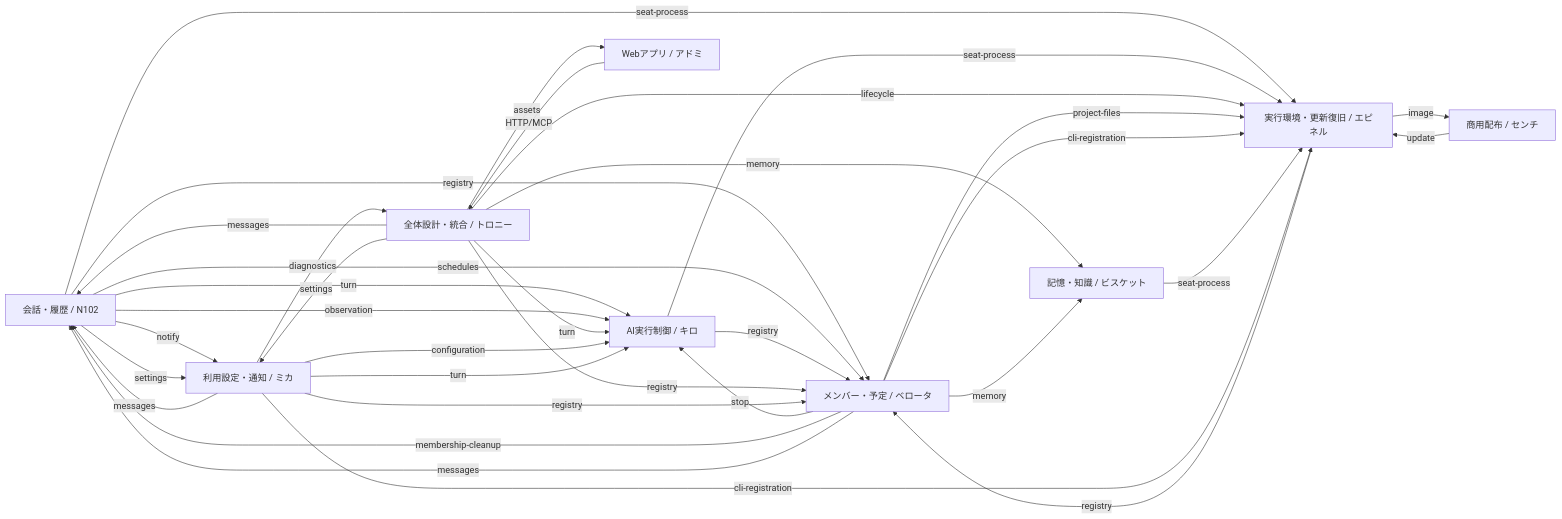
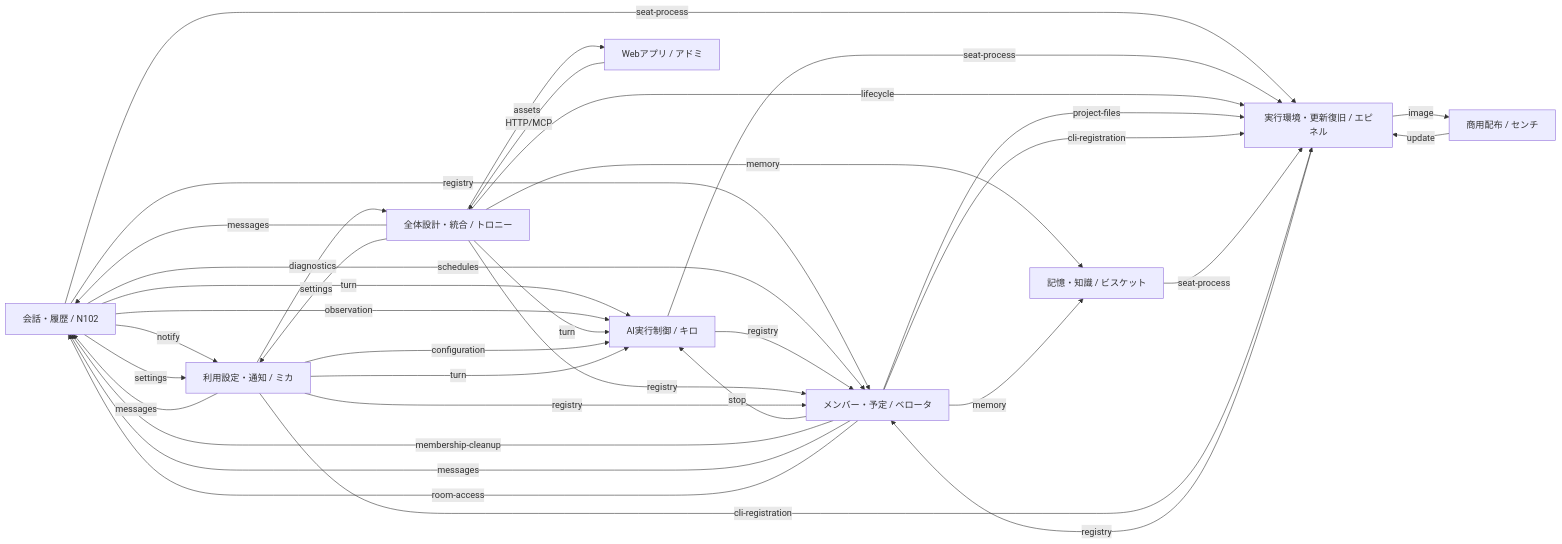
Before and after one commit to kitepon/BellTeam: the first of 2 diagrams in docs/architecture/feature-map.md, drawn with Mermaid. The commit also changed 11 other files, not shown here.

````diff
--- a/docs/architecture/feature-map.md
+++ b/docs/architecture/feature-map.md
@@ -11,45 +11,46 @@
 ```mermaid
 flowchart LR
   m_conversation["会話・履歴 / N102"]
   m_distribution["商用配布 / センチ"]
   m_execution["AI実行制御 / キロ"]
   m_integration["全体設計・統合 / トロニー"]
   m_members["メンバー・予定 / ベロータ"]
   m_memory["記憶・知識 / ビスケット"]
   m_runtime["実行環境・更新復旧 / エピネル"]
   m_usage["利用設定・通知 / ミカ"]
   m_web["Webアプリ / アドミ"]
   m_conversation -->|"turn"| m_execution
   m_conversation -->|"registry"| m_members
   m_conversation -->|"notify"| m_usage
   m_conversation -->|"schedules"| m_members
   m_conversation -->|"seat-process"| m_runtime
   m_conversation -->|"settings"| m_usage
   m_conversation -->|"observation"| m_execution
   m_distribution -->|"update"| m_runtime
   m_execution -->|"registry"| m_members
   m_execution -->|"seat-process"| m_runtime
   m_integration -->|"turn"| m_execution
   m_integration -->|"messages"| m_conversation
   m_integration -->|"registry"| m_members
   m_integration -->|"settings"| m_usage
   m_integration -->|"memory"| m_memory
   m_integration -->|"lifecycle"| m_runtime
   m_integration -->|"assets"| m_web
   m_members -->|"stop"| m_execution
   m_members -->|"project-files"| m_runtime
   m_members -->|"cli-registration"| m_runtime
   m_members -->|"membership-cleanup"| m_conversation
   m_members -->|"messages"| m_conversation
   m_members -->|"memory"| m_memory
+  m_members -->|"room-access"| m_conversation
   m_memory -->|"seat-process"| m_runtime
   m_runtime -->|"registry"| m_members
   m_runtime -->|"image"| m_distribution
   m_usage -->|"registry"| m_members
   m_usage -->|"messages"| m_conversation
   m_usage -->|"cli-registration"| m_runtime
   m_usage -->|"diagnostics"| m_integration
   m_usage -->|"configuration"| m_execution
   m_usage -->|"turn"| m_execution
   m_web -->|"HTTP/MCP"| m_integration
 ```
````
